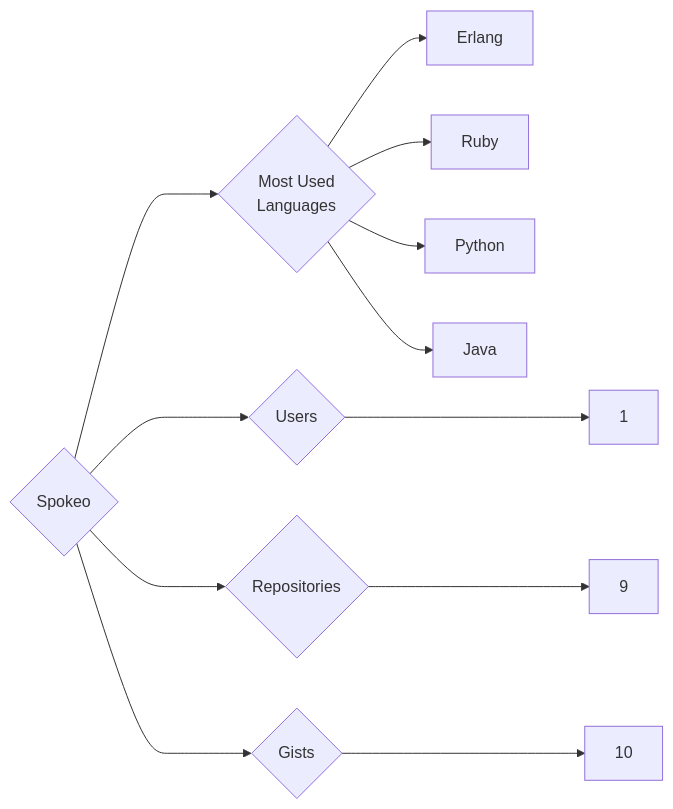
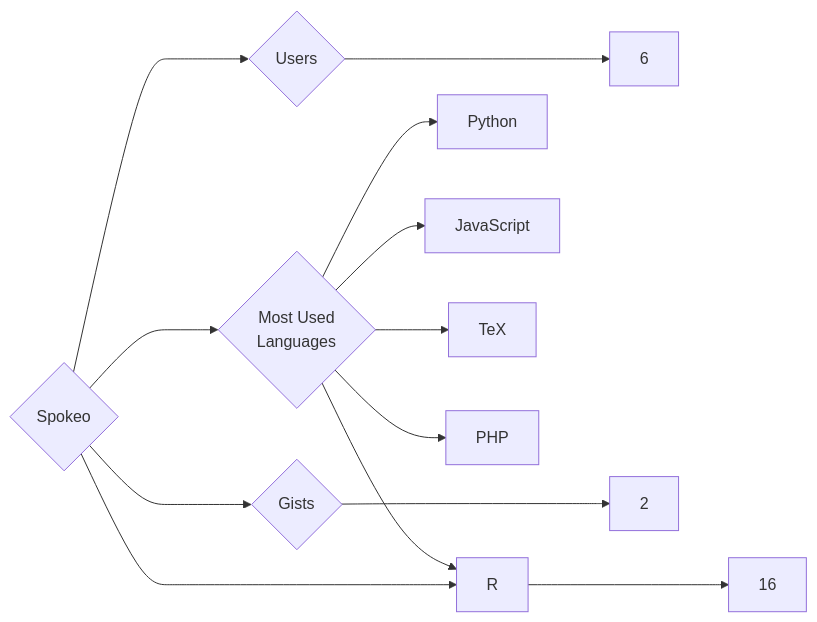
One commit to trickest/insiders changed the diagram in targets/Spokeo/README.md. Above: the diagram before and after it, drawn with Mermaid. The commit also changed 928 other files, not shown here.

````diff
--- a/targets/Spokeo/README.md
+++ b/targets/Spokeo/README.md
@@ -3,12 +3,13 @@
 ```mermaid
 graph LR
 COMPANY_NAME{Spokeo}
-COMPANY_NAME ---> U{Users} ---> UN[1]
-COMPANY_NAME ---> R{Repositories} ---> RN[9]
-COMPANY_NAME ---> G{Gists} ---> GN[10]
+COMPANY_NAME ---> U{Users} ---> UN[6]
+COMPANY_NAME ---> R{Repositories} ---> RN[16]
+COMPANY_NAME ---> G{Gists} ---> GN[2]
 COMPANY_NAME ---> ML{Most Used<br>Languages}
-ML --> Erlang[Erlang]
-ML --> Ruby[Ruby]
 ML --> Python[Python]
-ML --> Java[Java]
+ML --> JavaScript[JavaScript]
+ML --> R[R]
+ML --> TeX[TeX]
+ML --> PHP[PHP]
 ```
````
